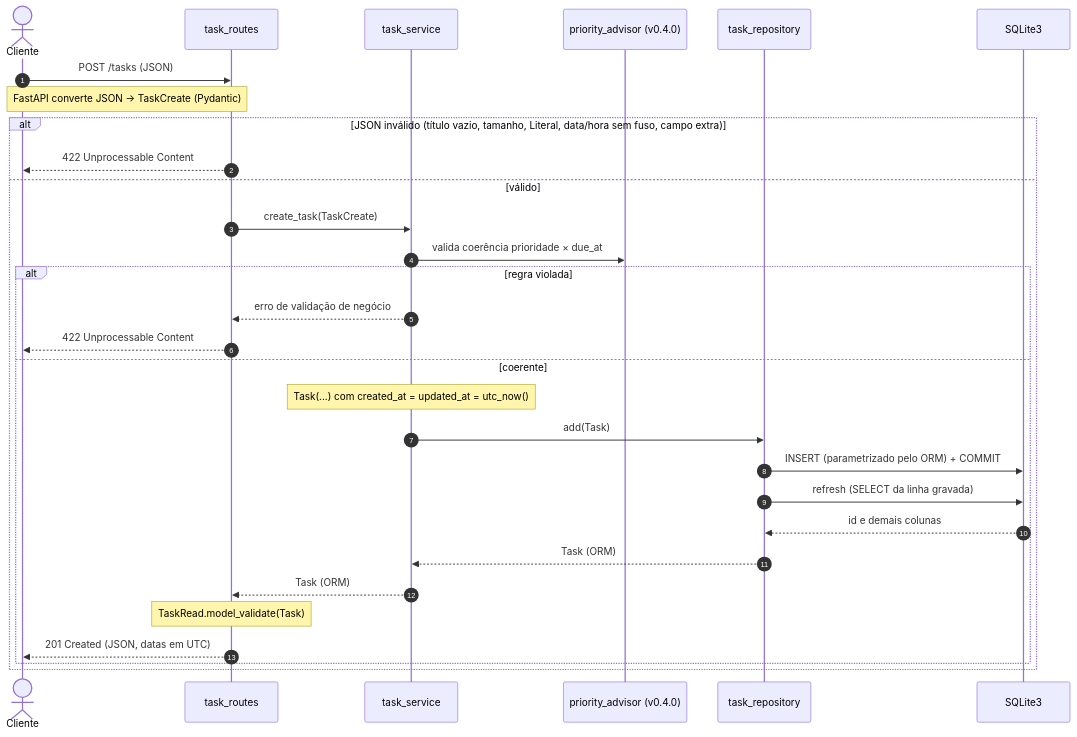
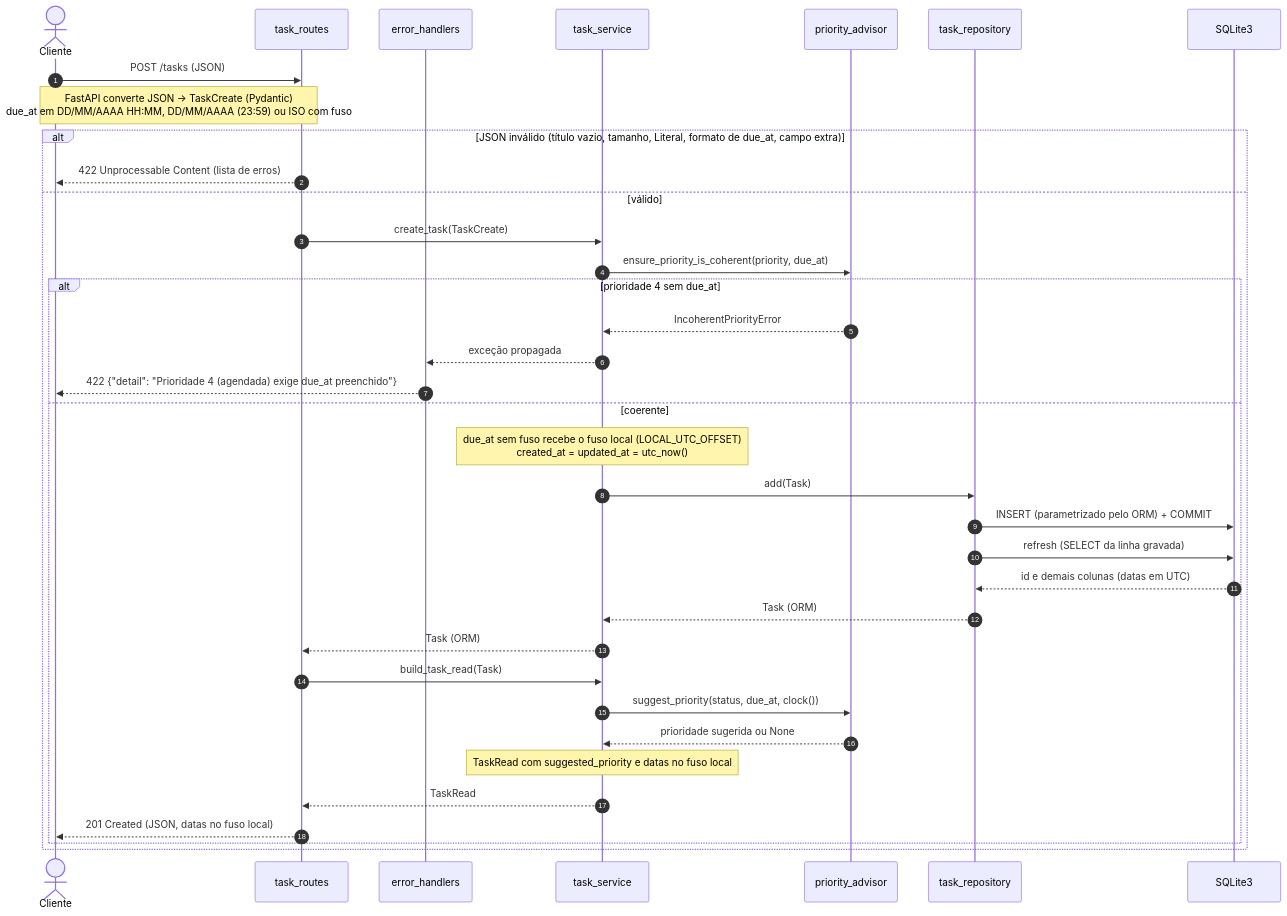
One commit to luisZsiqueira/laboratorio-projeto changed the second of 6 diagrams in docs/arquitetura.md. Above: the diagram before and after it, drawn with Mermaid. The commit also changed other lines of this file and 8 other files, not shown here.

````diff
--- a/docs/arquitetura.md
+++ b/docs/arquitetura.md
@@ -104,33 +108,39 @@
 ```mermaid
 sequenceDiagram
     autonumber
     actor C as Cliente
     participant R as task_routes
+    participant E as error_handlers
     participant S as task_service
-    participant A as priority_advisor (v0.4.0)
+    participant A as priority_advisor
     participant Rep as task_repository
     participant DB as SQLite3
 
     C->>R: POST /tasks (JSON)
-    Note over C,R: FastAPI converte JSON → TaskCreate (Pydantic)
-    alt JSON inválido (título vazio, tamanho, Literal, data/hora sem fuso, campo extra)
-        R-->>C: 422 Unprocessable Content
+    Note over C,R: FastAPI converte JSON → TaskCreate (Pydantic)<br/>due_at em DD/MM/AAAA HH:MM, DD/MM/AAAA (23:59) ou ISO com fuso
+    alt JSON inválido (título vazio, tamanho, Literal, formato de due_at, campo extra)
+        R-->>C: 422 Unprocessable Content (lista de erros)
     else válido
         R->>S: create_task(TaskCreate)
-        S->>A: valida coerência prioridade × due_at
-        alt regra violada
-            S-->>R: erro de validação de negócio
-            R-->>C: 422 Unprocessable Content
+        S->>A: ensure_priority_is_coherent(priority, due_at)
+        alt prioridade 4 sem due_at
+            A-->>S: IncoherentPriorityError
+            S-->>E: exceção propagada
+            E-->>C: 422 {"detail": "Prioridade 4 (agendada) exige due_at preenchido"}
         else coerente
-            Note over S: Task(...) com created_at = updated_at = utc_now()
+            Note over S: due_at sem fuso recebe o fuso local (LOCAL_UTC_OFFSET)<br/>created_at = updated_at = utc_now()
             S->>Rep: add(Task)
             Rep->>DB: INSERT (parametrizado pelo ORM) + COMMIT
             Rep->>DB: refresh (SELECT da linha gravada)
-            DB-->>Rep: id e demais colunas
+            DB-->>Rep: id e demais colunas (datas em UTC)
             Rep-->>S: Task (ORM)
             S-->>R: Task (ORM)
-            Note over R: TaskRead.model_validate(Task)
-            R-->>C: 201 Created (JSON, datas em UTC)
+            R->>S: build_task_read(Task)
+            S->>A: suggest_priority(status, due_at, clock())
+            A-->>S: prioridade sugerida ou None
+            Note over S: TaskRead com suggested_priority e datas no fuso local
+            S-->>R: TaskRead
+            R-->>C: 201 Created (JSON, datas no fuso local)
         end
     end
 ```
````
